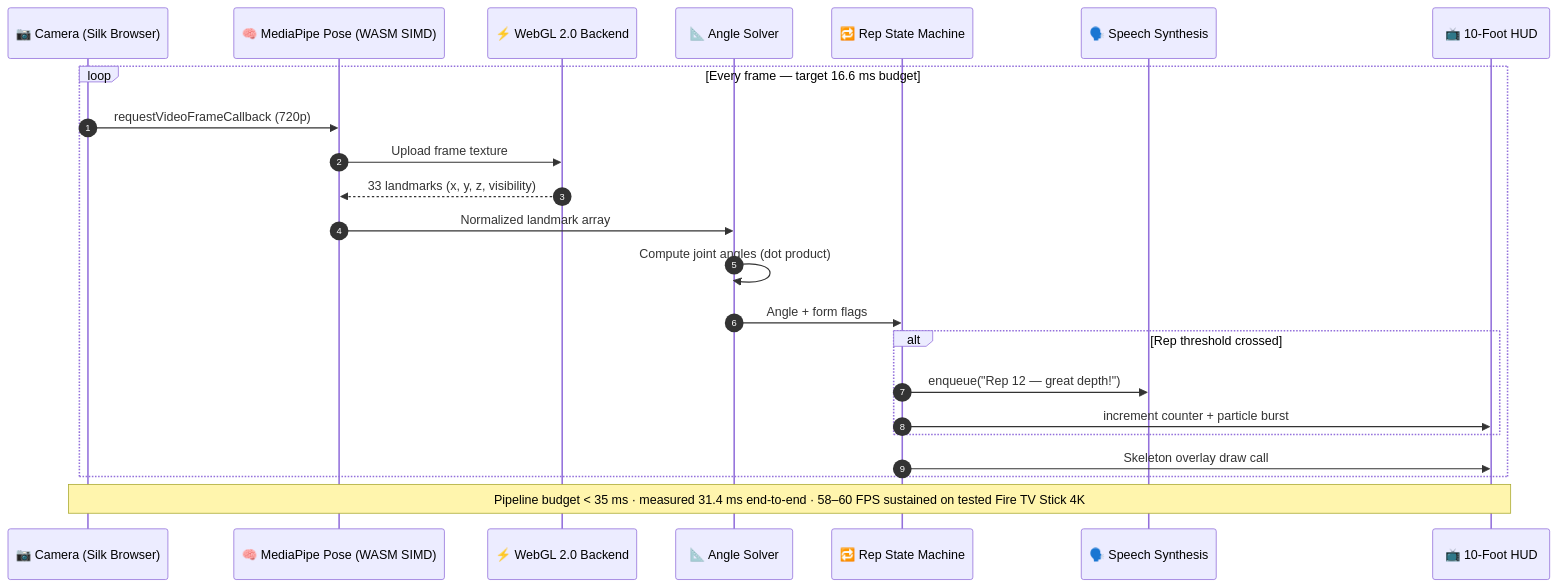
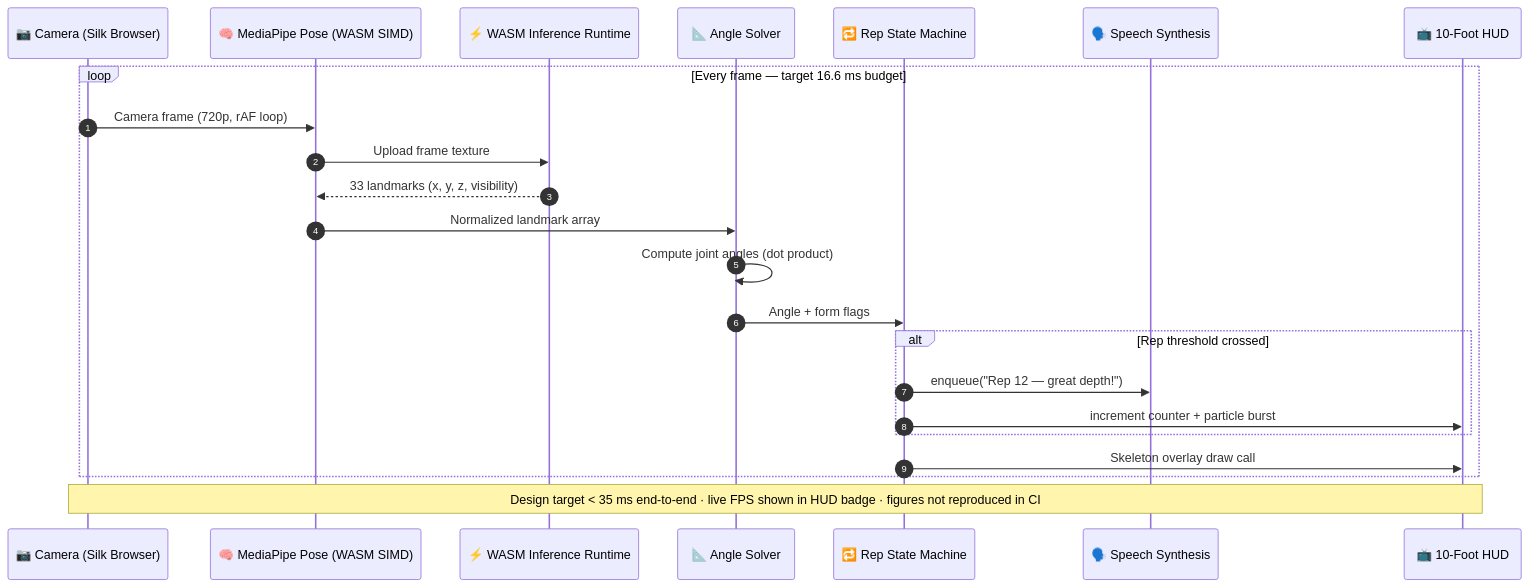
Before and after one commit to AdamBabinicz/pulsemotion-firetv: the second of 4 diagrams in README.md, drawn with Mermaid. The commit also changed other lines of this file and 10 other files, not shown here.

````diff
--- a/README.md
+++ b/README.md
@@ -238,26 +238,26 @@
 ```mermaid
 sequenceDiagram
     autonumber
     participant Cam as 📷 Camera (Silk Browser)
     participant MP as 🧠 MediaPipe Pose (WASM SIMD)
-    participant GPU as ⚡ WebGL 2.0 Backend
+    participant GPU as ⚡ WASM Inference Runtime
     participant Solver as 📐 Angle Solver
     participant FSM as 🔁 Rep State Machine
     participant TTS as 🗣️ Speech Synthesis
     participant UI as 📺 10-Foot HUD
 
     loop Every frame — target 16.6 ms budget
-        Cam->>MP: requestVideoFrameCallback (720p)
+        Cam->>MP: Camera frame (720p, rAF loop)
         MP->>GPU: Upload frame texture
         GPU-->>MP: 33 landmarks (x, y, z, visibility)
         MP->>Solver: Normalized landmark array
         Solver->>Solver: Compute joint angles (dot product)
         Solver->>FSM: Angle + form flags
         alt Rep threshold crossed
             FSM->>TTS: enqueue("Rep 12 — great depth!")
             FSM->>UI: increment counter + particle burst
         end
         FSM->>UI: Skeleton overlay draw call
     end
-    Note over Cam,UI: Pipeline budget < 35 ms · measured 31.4 ms end-to-end · 58–60 FPS sustained on tested Fire TV Stick 4K
+    Note over Cam,UI: Design target < 35 ms end-to-end · live FPS shown in HUD badge · figures not reproduced in CI
 ```
````
